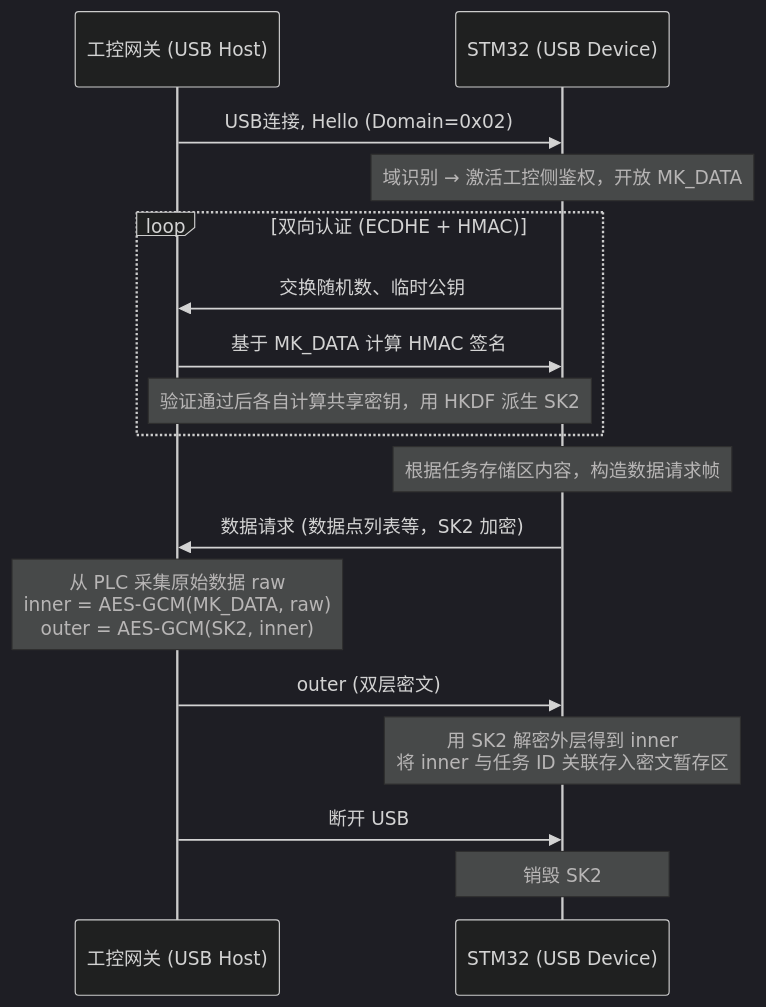
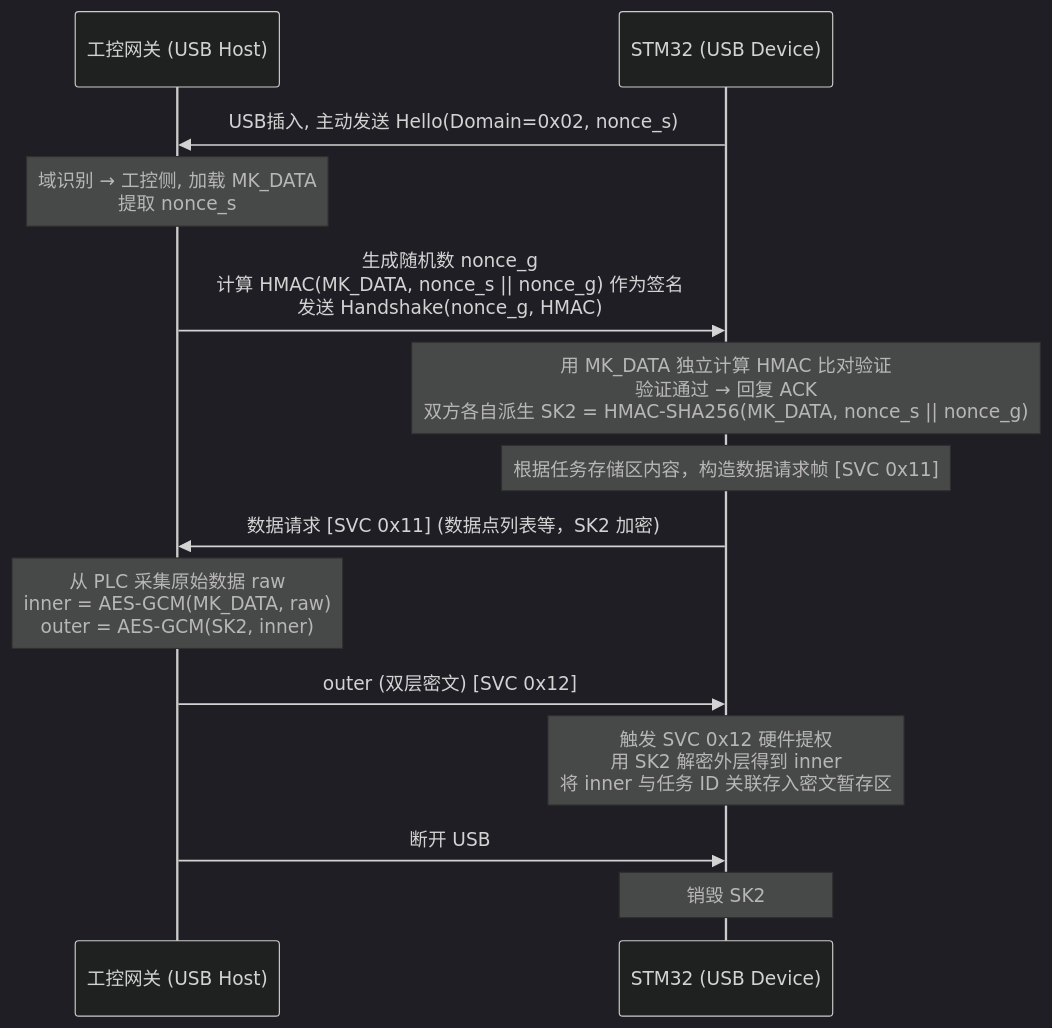
One commit to zsj8844/uuOS changed the third of 4 diagrams in 文档管理/设计文档3.md. Above: the diagram before and after it, drawn with Mermaid (dark theme). The commit also changed other lines of this file and 65 other files, not shown here.

````diff
--- a/文档管理/设计文档3.md
+++ b/文档管理/设计文档3.md
@@ -187,24 +202,21 @@
 ```mermaid
 sequenceDiagram
     participant 网关 as 工控网关 (USB Host)
     participant STM32 as STM32 (USB Device)
 
-    网关->>STM32: USB连接, Hello (Domain=0x02)
-    Note over STM32: 域识别 → 激活工控侧鉴权，开放 MK_DATA
+    STM32->>网关: USB插入, 主动发送 Hello(Domain=0x02, nonce_s)
+    Note over 网关: 域识别 → 工控侧, 加载 MK_DATA<br/>提取 nonce_s
 
-    loop 双向认证 (ECDHE + HMAC)
-        STM32->>网关: 交换随机数、临时公钥
-        网关->>STM32: 基于 MK_DATA 计算 HMAC 签名
-        Note over 网关,STM32: 验证通过后各自计算共享密钥，用 HKDF 派生 SK2
-    end
+    网关->>STM32: 生成随机数 nonce_g<br/>计算 HMAC(MK_DATA, nonce_s || nonce_g) 作为签名<br/>发送 Handshake(nonce_g, HMAC)
+    Note over STM32: 用 MK_DATA 独立计算 HMAC 比对验证<br/>验证通过 → 回复 ACK<br/>双方各自派生 SK2 = HMAC-SHA256(MK_DATA, nonce_s || nonce_g)
 
-    Note over STM32: 根据任务存储区内容，构造数据请求帧
-    STM32->>网关: 数据请求 (数据点列表等，SK2 加密)
+    Note over STM32: 根据任务存储区内容，构造数据请求帧 [SVC 0x11]
+    STM32->>网关: 数据请求 [SVC 0x11] (数据点列表等，SK2 加密)
 
     Note over 网关: 从 PLC 采集原始数据 raw<br/>inner = AES-GCM(MK_DATA, raw)<br/>outer = AES-GCM(SK2, inner)
-    网关->>STM32: outer (双层密文)
-    Note over STM32: 用 SK2 解密外层得到 inner<br/>将 inner 与任务 ID 关联存入密文暂存区
+    网关->>STM32: outer (双层密文) [SVC 0x12]
+    Note over STM32: 触发 SVC 0x12 硬件提权<br/>用 SK2 解密外层得到 inner<br/>将 inner 与任务 ID 关联存入密文暂存区
 
     网关->>STM32: 断开 USB
     Note over STM32: 销毁 SK2
 ```
````
